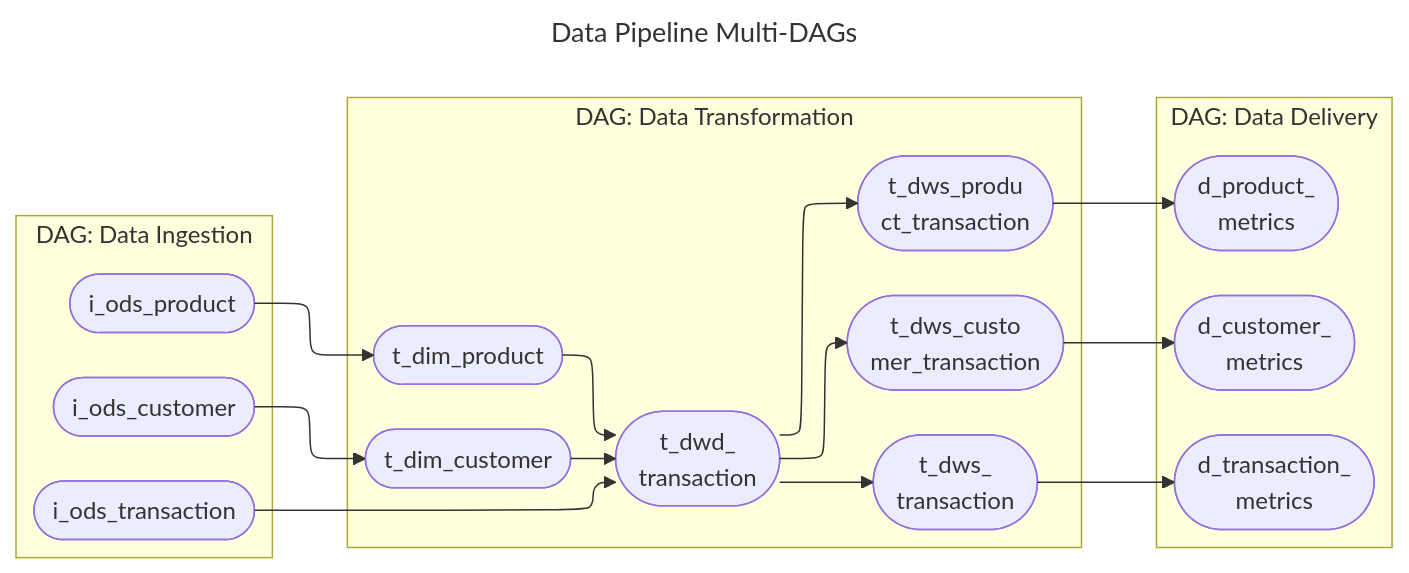
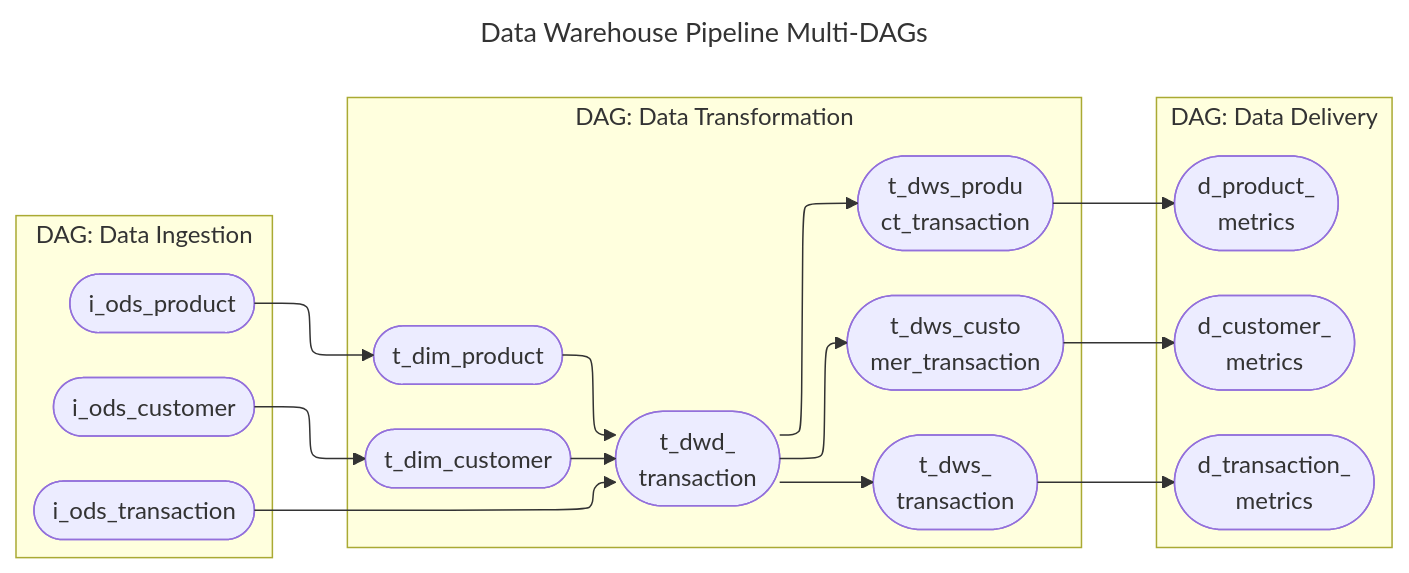
Before and after one commit to vincentimo/publications: diagram 22 of 25 in 2026-10-19 Everything is a DAG!.md, drawn with Mermaid. The commit also changed other lines of this file, not shown here.

Commit message:
2026-10-18 16:40 UTC: 0+ 1~ 0- 0→

````diff
--- a/2026-10-19 Everything is a DAG!.md
+++ b/2026-10-19 Everything is a DAG!.md
@@ -830,36 +830,36 @@
 ```mermaid
 ---
-title: Data Pipeline Multi-DAGs
+title: Data Warehouse Pipeline Multi-DAGs
 config:
     layout: elk
 ---
 flowchart LR
     %% Nodes
     subgraph ingest["DAG: Data Ingestion"]
 	    ingest-n1-1([i_ods_customer])
 	    ingest-n1-2([i_ods_transaction])
 	    ingest-n1-3([i_ods_product])
     end
     subgraph transform["DAG: Data Transformation"]
 	    transform-n1-1([t_dim_customer])
 	    transform-n1-3([t_dim_product])
 	    transform-n2-2([t_dwd_\ntransaction])
 	    transform-n3-1([t_dws_custo\nmer_transaction])
 	    transform-n3-2([t_dws_\ntransaction])
 	    transform-n3-3([t_dws_produ\nct_transaction])
     end
     subgraph deliver["DAG: Data Delivery"]
 	    deliver-n1-1([d_customer_\nmetrics])
 	    deliver-n1-2([d_transaction_\nmetrics])
 	    deliver-n1-3([d_product_\nmetrics])
     end
     
     %% Edges
     ingest-n1-1 --> transform-n1-1
     ingest-n1-3 --> transform-n1-3
     transform-n1-1 & ingest-n1-2 & transform-n1-3 --> transform-n2-2
     transform-n2-2 --> transform-n3-1 & transform-n3-2 & transform-n3-3
     transform-n3-1 --> deliver-n1-1
     transform-n3-2 --> deliver-n1-2
     transform-n3-3 --> deliver-n1-3
 ```
````
